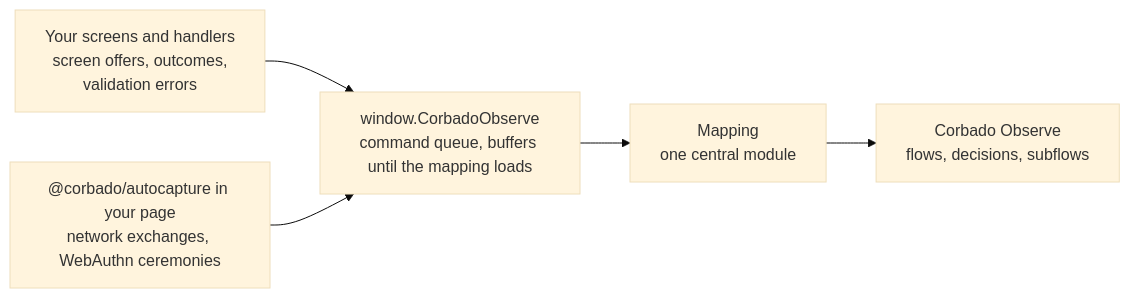
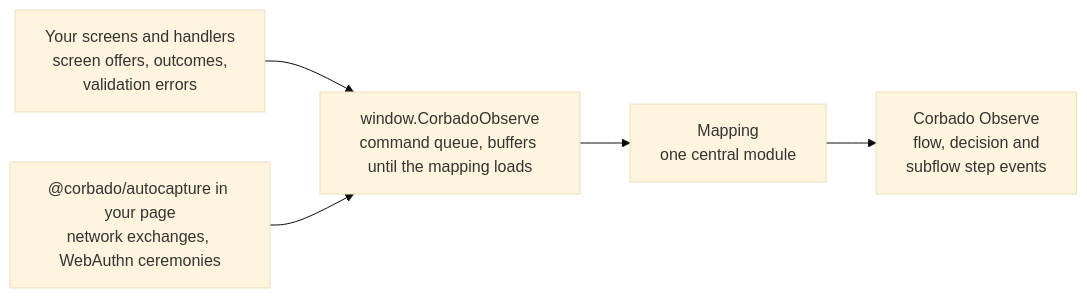
Before and after one commit to corbadotech/docs: the diagram in corbado-observe/get-started/data-layer.mdx, drawn with Mermaid (base theme). The commit also changed other lines of this file and 2 other files, not shown here.

Commit message:
Wording fixes

````diff
--- a/corbado-observe/get-started/data-layer.mdx
+++ b/corbado-observe/get-started/data-layer.mdx
@@ -25,7 +25,7 @@
 ```mermaid
 flowchart LR
     A["Your screens and handlers<br />screen offers, outcomes,<br />validation errors"] --> L["window.CorbadoObserve<br />command queue, buffers until the mapping loads"]
     C["@corbado/autocapture in your page<br />network exchanges, WebAuthn ceremonies"] --> L
     L --> M["Mapping<br />one central module"]
-    M --> O["Corbado Observe<br />flows, decisions, subflows"]
+    M --> O["Corbado Observe<br />flow, decision and<br />subflow step events"]
 ```
````
